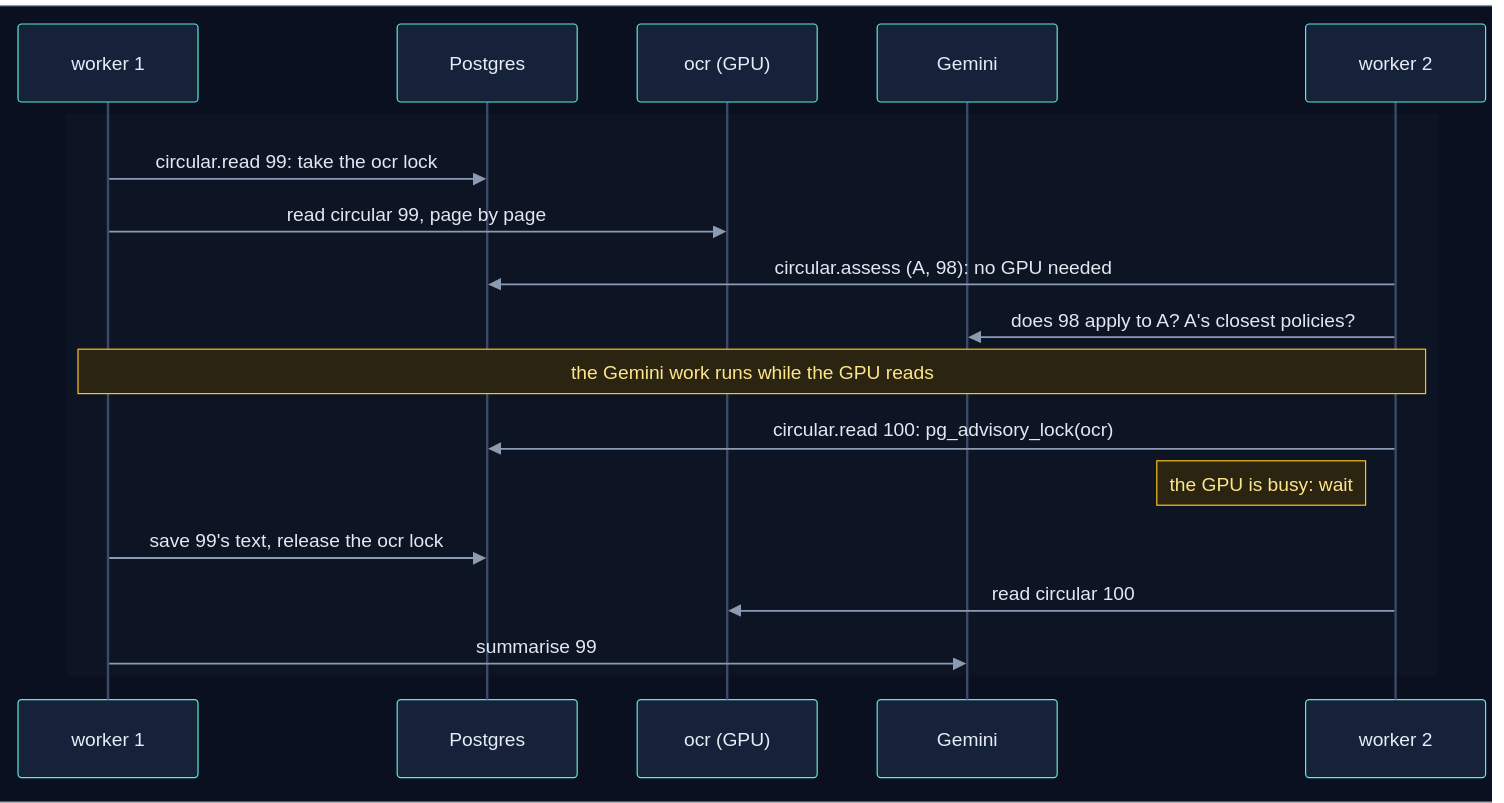
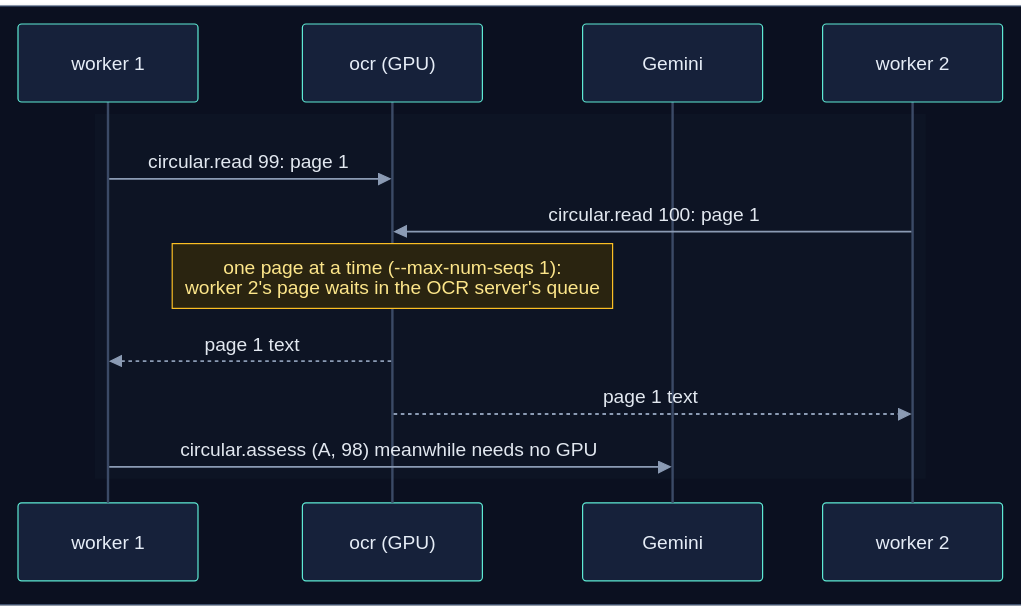
One commit to selvakumarperumal/Regulatory_Circular_Impact_Agent changed diagram 13 of 14 in how_the_worker_works.md. Above: the diagram before and after it, drawn with Mermaid. The commit also changed other lines of this file and 7 other files, not shown here.

Commit message:
Document the lock-free queue and policy status

````diff
--- a/how_the_worker_works.md
+++ b/how_the_worker_works.md
@@ -854,24 +811,19 @@
 ```mermaid
 %%{init: {"theme": "base", "sequence": {"diagramMarginX": 0, "diagramMarginY": 0}, "themeVariables": {"darkMode": true, "primaryColor": "#16213a", "primaryTextColor": "#e6edf7", "primaryBorderColor": "#475a7a", "lineColor": "#8b9bb4", "secondaryColor": "#1b2436", "tertiaryColor": "#101a2e", "edgeLabelBackground": "#0f172a", "textColor": "#e2e8f0", "actorBkg": "#16213a", "actorBorder": "#5eead4", "actorTextColor": "#e6edf7", "actorLineColor": "#3b4a66", "signalColor": "#8b9bb4", "signalTextColor": "#e2e8f0", "noteBkgColor": "#2a2410", "noteBorderColor": "#fbbf24", "noteTextColor": "#fde68a", "labelBoxBkgColor": "#1e293b", "labelBoxBorderColor": "#64748b", "labelTextColor": "#e2e8f0", "loopTextColor": "#c4b5fd", "sequenceNumberColor": "#0b1020", "activationBkgColor": "#1e293b"}}}%%
 sequenceDiagram
     box rgb(11, 16, 32)
         participant K1 as worker 1
-        participant DB as Postgres
         participant O as ocr (GPU)
         participant G as Gemini
         participant K2 as worker 2
     end
 
     rect rgb(13, 20, 36)
-        K1->>DB: circular.read 99: take the ocr lock
-        K1->>O: read circular 99, page by page
-        K2->>DB: circular.assess (A, 98): no GPU needed
-        K2->>G: does 98 apply to A? A's closest policies?
-        Note over K1,K2: the Gemini work runs while the GPU reads
-        K2->>DB: circular.read 100: pg_advisory_lock(ocr)
-        Note left of K2: the GPU is busy: wait
-        K1->>DB: save 99's text, release the ocr lock
-        K2->>O: read circular 100
-        K1->>G: summarise 99
+        K1->>O: circular.read 99: page 1
+        K2->>O: circular.read 100: page 1
+        Note over O: one page at a time (--max-num-seqs 1):<br/>worker 2's page waits in the OCR server's queue
+        O-->>K1: page 1 text
+        O-->>K2: page 1 text
+        K1->>G: circular.assess (A, 98) meanwhile needs no GPU
     end
 ```
````
